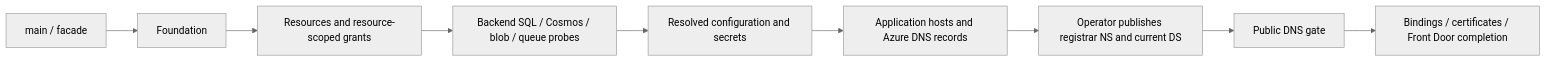
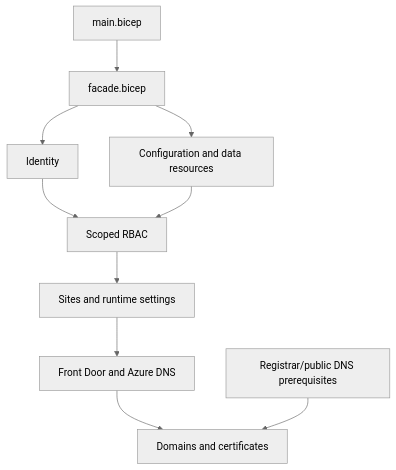
One commit to arolariu/arolariu.ro changed the diagram in infra/Azure/Bicep/README.md. Above: the diagram before and after it, drawn with Mermaid (neutral theme). The commit also changed other lines of this file and 45 other files, not shown here.

````diff
--- a/infra/Azure/Bicep/README.md
+++ b/infra/Azure/Bicep/README.md
@@ -16,11 +82,12 @@
 ```mermaid
-flowchart LR
-    Entry[main / facade] --> Foundation
-    Foundation --> Resources[Resources and resource-scoped grants]
-    Resources --> Probes[Backend SQL / Cosmos / blob / queue probes]
-    Probes --> Configuration[Resolved configuration and secrets]
-    Configuration --> Sites[Application hosts and Azure DNS records]
-    Sites --> Registrar[Operator publishes registrar NS and current DS]
-    Registrar --> Domains[Public DNS gate]
-    Domains --> Completion[Bindings / certificates / Front Door completion]
+flowchart TD
+    Entry[main.bicep] --> Facade[facade.bicep]
+    Facade --> Identities[Identity]
+    Facade --> Stores[Configuration and data resources]
+    Identities --> Grants[Scoped RBAC]
+    Stores --> Grants
+    Grants --> Sites[Sites and runtime settings]
+    Sites --> Network[Front Door and Azure DNS]
+    Network --> Bindings[Domains and certificates]
+    External[Registrar/public DNS prerequisites] --> Bindings
 ```
````
